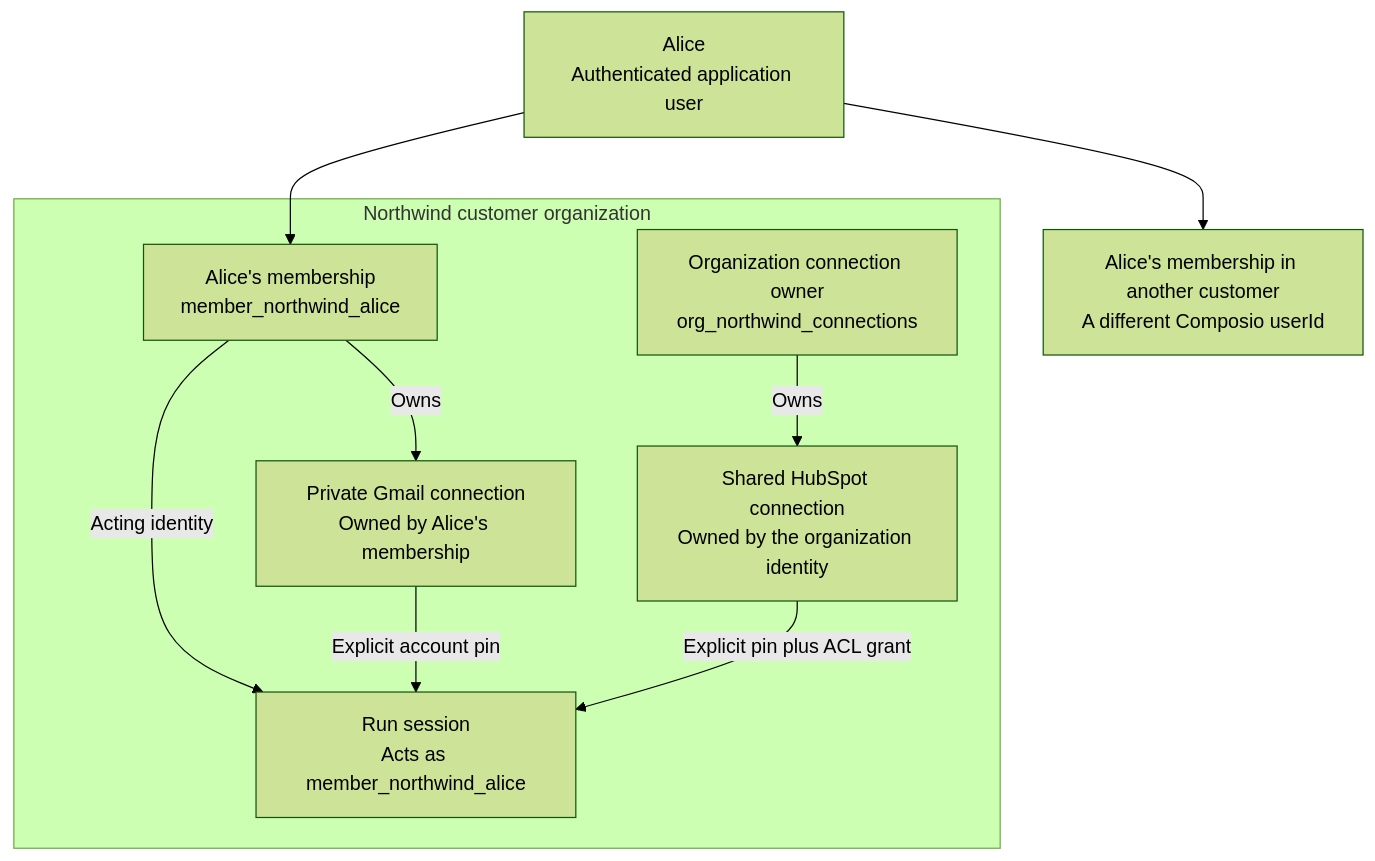
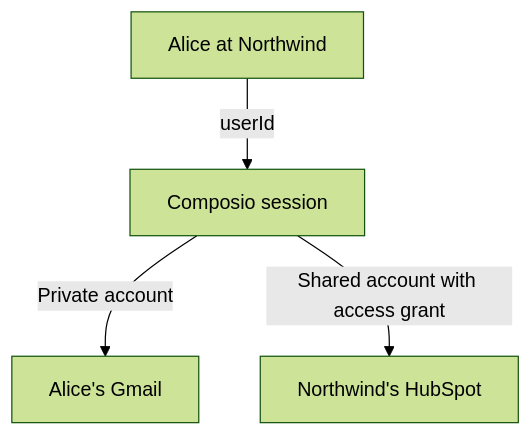
One commit to ComposioHQ/composio changed the second of 2 diagrams in docs/content/examples/reference-architectures/b2b-agent.mdx. Above: the diagram before and after it, drawn with Mermaid (forest theme). The commit also changed other lines of this file and 1 other file, not shown here.

Commit message:
docs: simplify B2B architecture prose and diagrams

````diff
--- a/docs/content/examples/reference-architectures/b2b-agent.mdx
+++ b/docs/content/examples/reference-architectures/b2b-agent.mdx
@@ -93,21 +61,8 @@
 ```mermaid
 flowchart TB
-  accTitle: Customer membership and connected account ownership
-  accDescr: Alice's Northwind membership maps to one Composio user ID. Her private Gmail account and an explicitly granted shared CRM account are pinned into her run's session. Membership in another customer maps to a different user ID.
-  person["Alice<br/>Authenticated application user"]
-  subgraph tenant["Northwind customer organization"]
-    member["Alice's membership<br/>member_northwind_alice"]
-    owner["Organization connection owner<br/>org_northwind_connections"]
-    private["Private Gmail connection<br/>Owned by Alice's membership"]
-    shared["Shared HubSpot connection<br/>Owned by the organization identity"]
-    session["Run session<br/>Acts as member_northwind_alice"]
-    member -->|"Owns"| private
-    owner -->|"Owns"| shared
-    member -->|"Acting identity"| session
-    private -->|"Explicit account pin"| session
-    shared -->|"Explicit pin plus ACL grant"| session
-  end
-  other["Alice's membership in another customer<br/>A different Composio userId"]
-  person --> member
-  person --> other
+  accTitle: Accounts available to Alice's session
+  accDescr: Alice's Northwind membership determines the session user ID. The application pins her private Gmail connection and Northwind's shared HubSpot connection, with an explicit access grant for the shared account.
+  alice["Alice at Northwind"] -->|"userId"| session["Composio session"]
+  session -->|"Private account"| gmail["Alice's Gmail"]
+  session -->|"Shared account with access grant"| crm["Northwind's HubSpot"]
 ```
````
